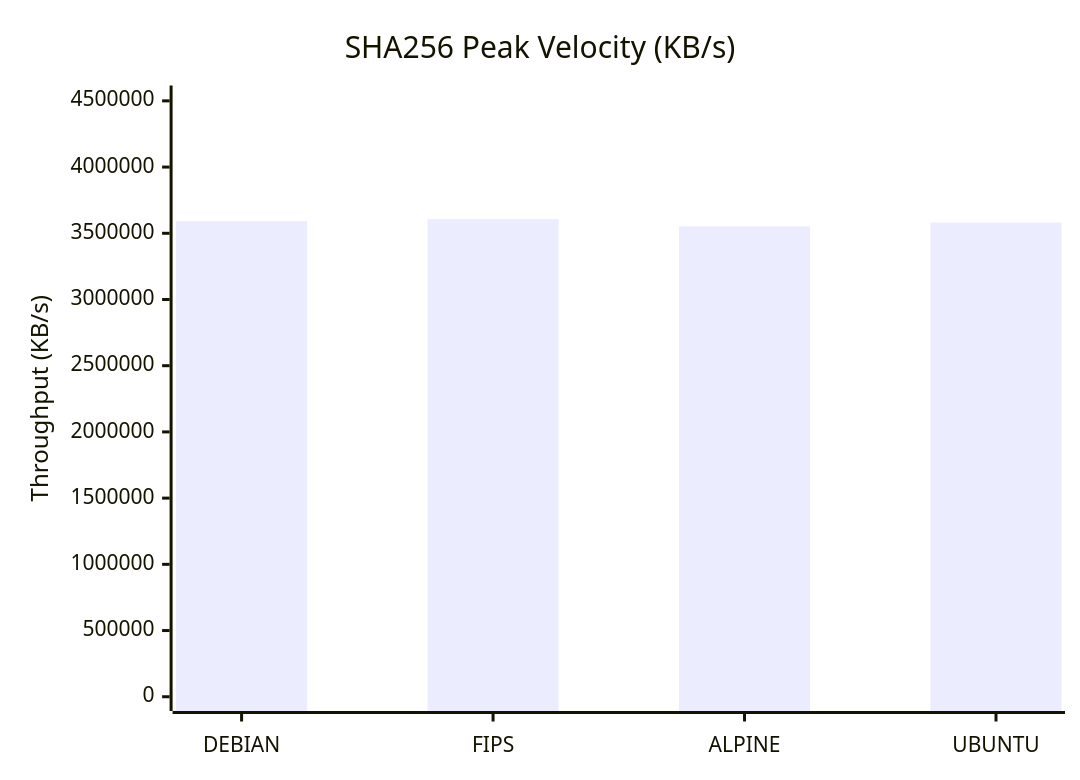
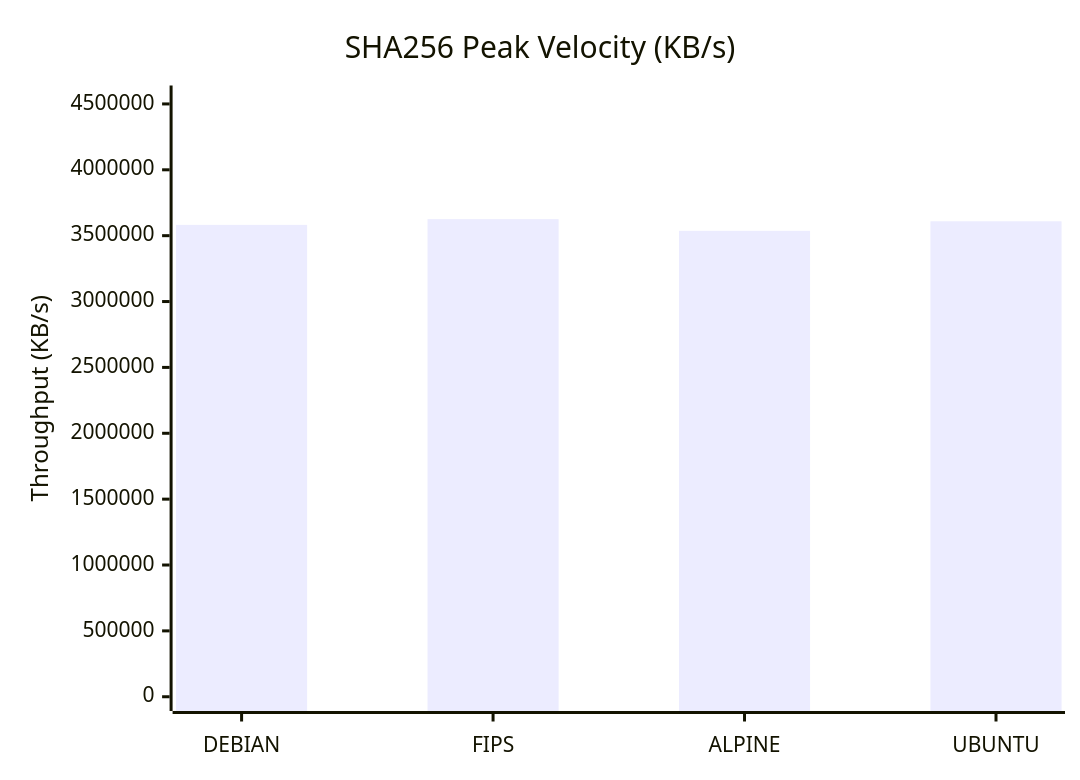
Before and after one commit to taha2samy/openssl_fips: the second of 9 diagrams in docs/Comparison_Report.md, drawn with Mermaid. The commit also changed other lines of this file and 3 other files, not shown here.

````diff
--- a/docs/Comparison_Report.md
+++ b/docs/Comparison_Report.md
@@ -65,7 +65,7 @@
 ```mermaid
 xychart-beta
     title "SHA256 Peak Velocity (KB/s)"
     x-axis [DEBIAN, FIPS, ALPINE, UBUNTU]
-    y-axis "Throughput (KB/s)" 0 --> 4508385
-    bar [3591258.11, 3606708.22, 3552100.35, 3581124.61]
+    y-axis "Throughput (KB/s)" 0 --> 4531783
+    bar [3581861.89, 3625426.94, 3536723.97, 3609174.02]
 ```
````
